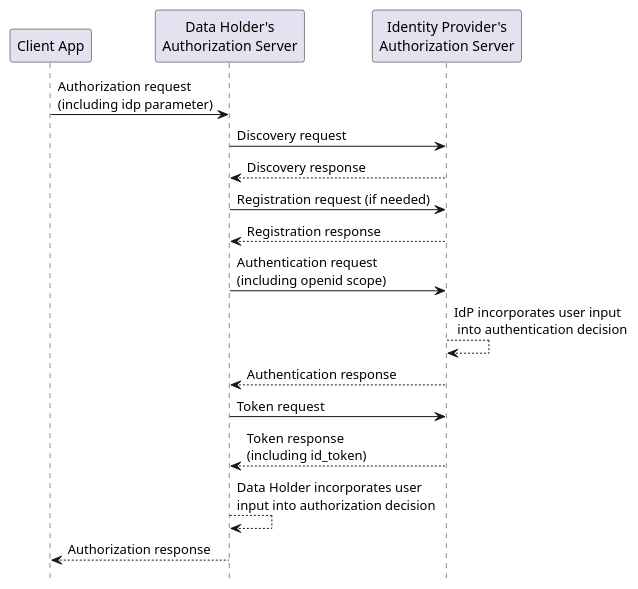
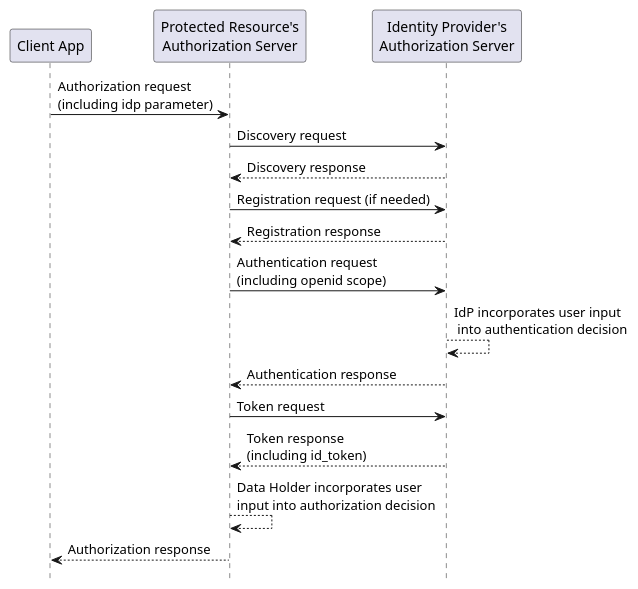
One commit to HL7/fhir-udap-security-ig changed the diagram in input/images-source/tiered.plantuml. Above: the diagram before and after it, drawn with PlantUML. The commit also changed 9 other files, not shown here.

```diff
--- a/input/images-source/tiered.plantuml
+++ b/input/images-source/tiered.plantuml
@@ -1,20 +1,20 @@
 @startuml
 skinparam sequenceMessageAlign left
 skinparam shadowing false
 hide footbox
 participant "Client App" as App
-participant "Data Holder's\nAuthorization Server" as Server
+participant "Protected Resource's\nAuthorization Server" as Server
 participant "Identity Provider's\nAuthorization Server" as IDP
 App -> Server : Authorization request\n(including idp parameter)
 Server->IDP: Discovery request
 Server<--IDP: Discovery response
 Server->IDP: Registration request (if needed)
 Server<--IDP: Registration response
 Server -> IDP: Authentication request\n(including openid scope)
 IDP-->IDP: IdP incorporates user input\n into authentication decision
 Server <-- IDP : Authentication response
 Server -> IDP: Token request
 Server <-- IDP: Token response\n(including id_token)
 Server-->Server: Data Holder incorporates user\ninput into authorization decision
 App <-- Server : Authorization response
 @enduml
```
